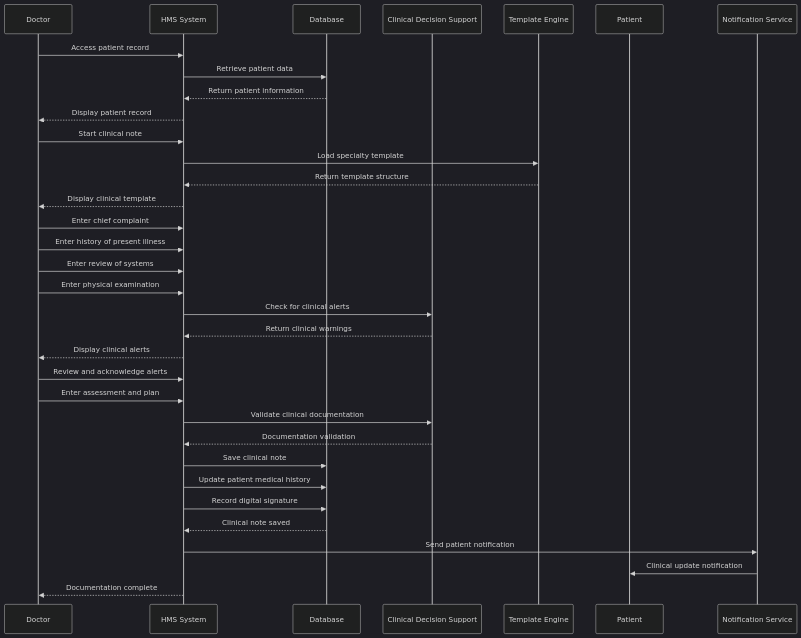
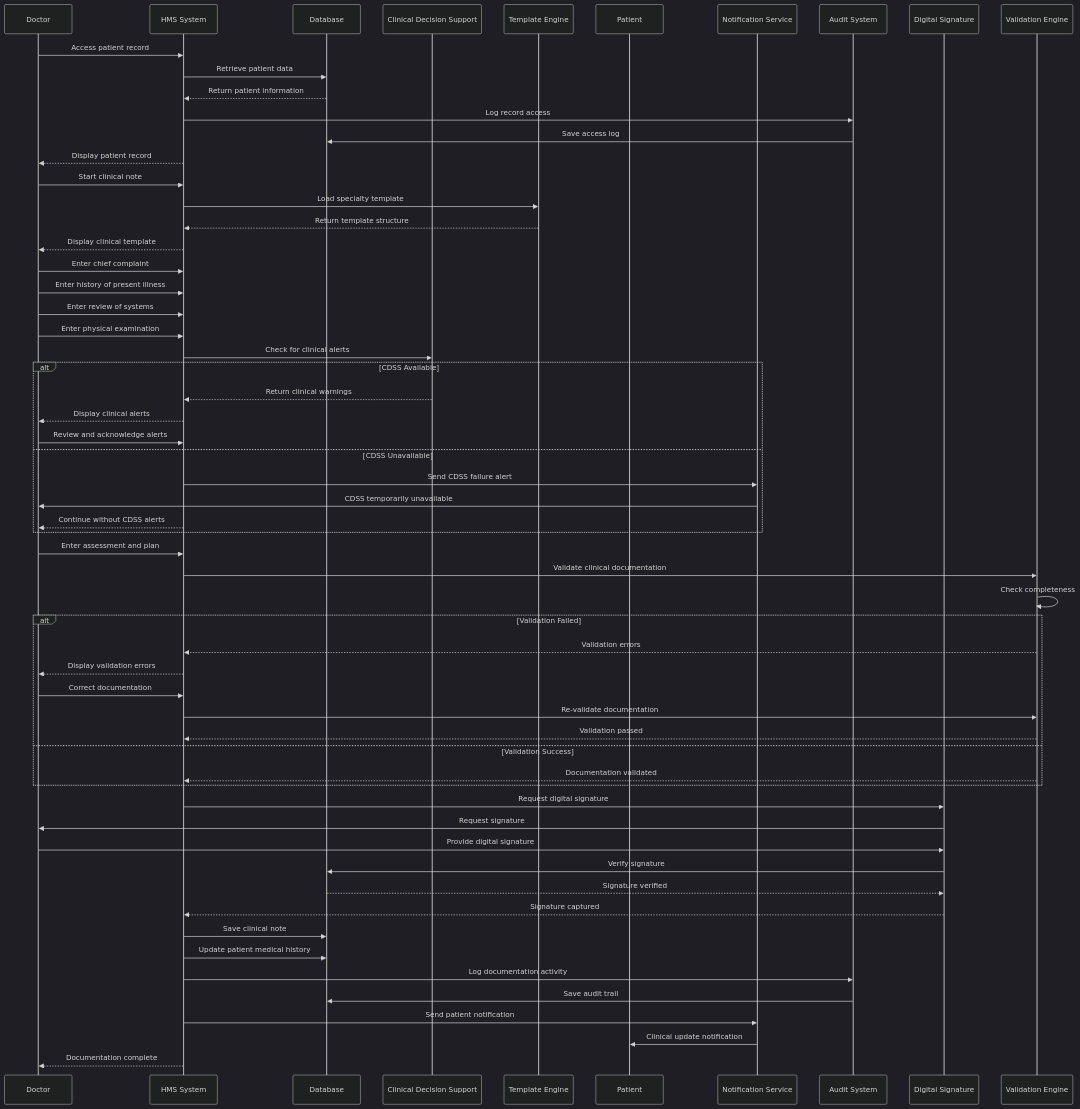
The first of 11 diagrams in sequence-diagrams/clinical-management-sequence.md (harcop/limises), drawn with Mermaid (dark theme) before and after one commit. The commit also changed other lines of this file and 16 other files, not shown here.

````diff
--- a/sequence-diagrams/clinical-management-sequence.md
+++ b/sequence-diagrams/clinical-management-sequence.md
@@ -5,37 +5,63 @@
 ```mermaid
 sequenceDiagram
     participant DR as Doctor
     participant HMS as HMS System
     participant DB as Database
     participant CDSS as Clinical Decision Support
     participant TEMPLATE as Template Engine
     participant P as Patient
     participant NOT as Notification Service
+    participant AUDIT as Audit System
+    participant SIGNATURE as Digital Signature
+    participant VALIDATE as Validation Engine
 
     DR->>HMS: Access patient record
     HMS->>DB: Retrieve patient data
     DB-->>HMS: Return patient information
+    HMS->>AUDIT: Log record access
+    AUDIT->>DB: Save access log
     HMS-->>DR: Display patient record
     DR->>HMS: Start clinical note
     HMS->>TEMPLATE: Load specialty template
     TEMPLATE-->>HMS: Return template structure
     HMS-->>DR: Display clinical template
     DR->>HMS: Enter chief complaint
     DR->>HMS: Enter history of present illness
     DR->>HMS: Enter review of systems
     DR->>HMS: Enter physical examination
     HMS->>CDSS: Check for clinical alerts
-    CDSS-->>HMS: Return clinical warnings
-    HMS-->>DR: Display clinical alerts
-    DR->>HMS: Review and acknowledge alerts
+    alt CDSS Available
+        CDSS-->>HMS: Return clinical warnings
+        HMS-->>DR: Display clinical alerts
+        DR->>HMS: Review and acknowledge alerts
+    else CDSS Unavailable
+        HMS->>NOT: Send CDSS failure alert
+        NOT->>DR: CDSS temporarily unavailable
+        HMS-->>DR: Continue without CDSS alerts
+    end
     DR->>HMS: Enter assessment and plan
-    HMS->>CDSS: Validate clinical documentation
-    CDSS-->>HMS: Documentation validation
+    HMS->>VALIDATE: Validate clinical documentation
+    VALIDATE->>VALIDATE: Check completeness
+    alt Validation Failed
+        VALIDATE-->>HMS: Validation errors
+        HMS-->>DR: Display validation errors
+        DR->>HMS: Correct documentation
+        HMS->>VALIDATE: Re-validate documentation
+        VALIDATE-->>HMS: Validation passed
+    else Validation Success
+        VALIDATE-->>HMS: Documentation validated
+    end
+    HMS->>SIGNATURE: Request digital signature
+    SIGNATURE->>DR: Request signature
+    DR->>SIGNATURE: Provide digital signature
+    SIGNATURE->>DB: Verify signature
+    DB-->>SIGNATURE: Signature verified
+    SIGNATURE-->>HMS: Signature captured
     HMS->>DB: Save clinical note
     HMS->>DB: Update patient medical history
-    HMS->>DB: Record digital signature
-    DB-->>HMS: Clinical note saved
+    HMS->>AUDIT: Log documentation activity
+    AUDIT->>DB: Save audit trail
     HMS->>NOT: Send patient notification
     NOT->>P: Clinical update notification
     HMS-->>DR: Documentation complete
 ```
````
